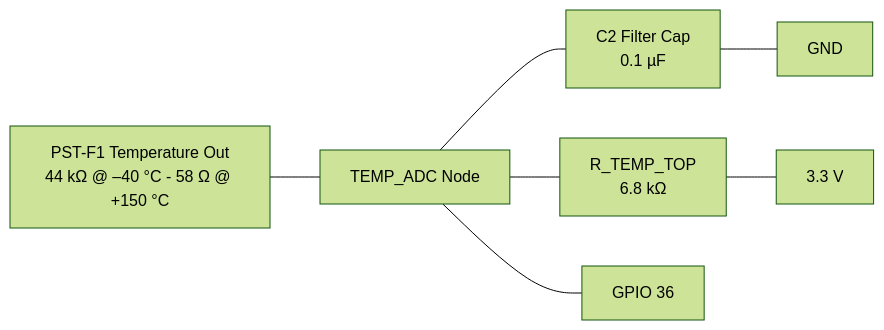
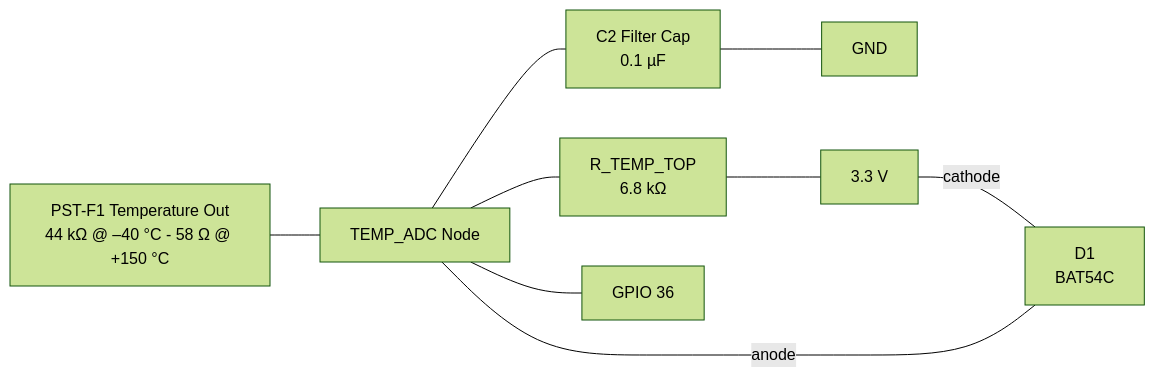
One commit to DinoLeung/can-bus-injector changed the second of 2 diagrams in bolt-on-bosch-pst-f-1/README.md. Above: the diagram before and after it, drawn with Mermaid (forest theme). The commit also changed other lines of this file and 4 other files, not shown here.

````diff
--- a/bolt-on-bosch-pst-f-1/README.md
+++ b/bolt-on-bosch-pst-f-1/README.md
@@ -64,15 +67,18 @@
 ``` mermaid
 flowchart LR
   PSTF1_P["PST-F1 Temperature Out<br/>44 kΩ @ –40 °C - 58 Ω @ +150 °C"]
   R_TEMP_TOP["R_TEMP_TOP<br/>6.8 kΩ"]
   TEMP_ADC["TEMP_ADC Node"]
+  D1["D1<br/>BAT54C"]
   C2["C2 Filter Cap<br/>0.1 µF"]
   GND["GND"]
   VCC["3.3 V"]
   GPIO["GPIO 36"]
 
   PSTF1_P --- TEMP_ADC
   TEMP_ADC --- C2 --- GND
   TEMP_ADC --- R_TEMP_TOP --- VCC
+  VCC ---|cathode| D1
+  D1 ---|anode| TEMP_ADC
   TEMP_ADC --- GPIO
 ```
````
